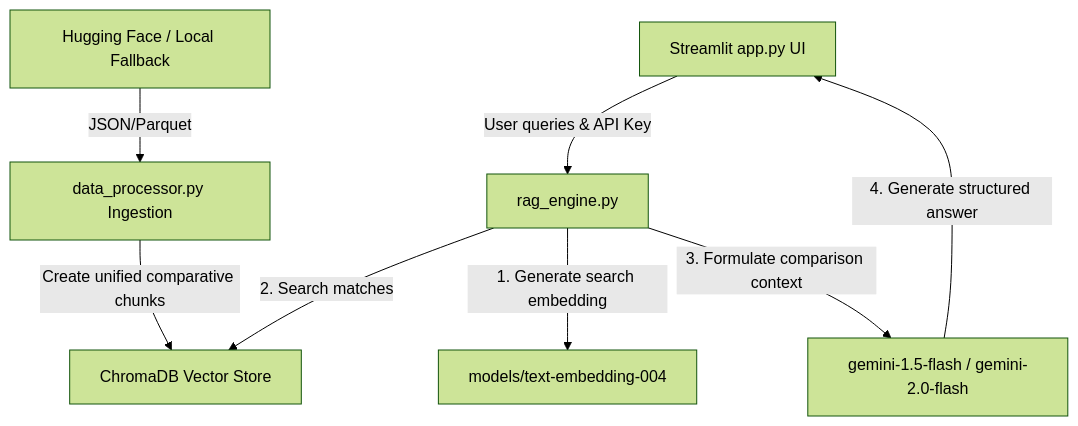
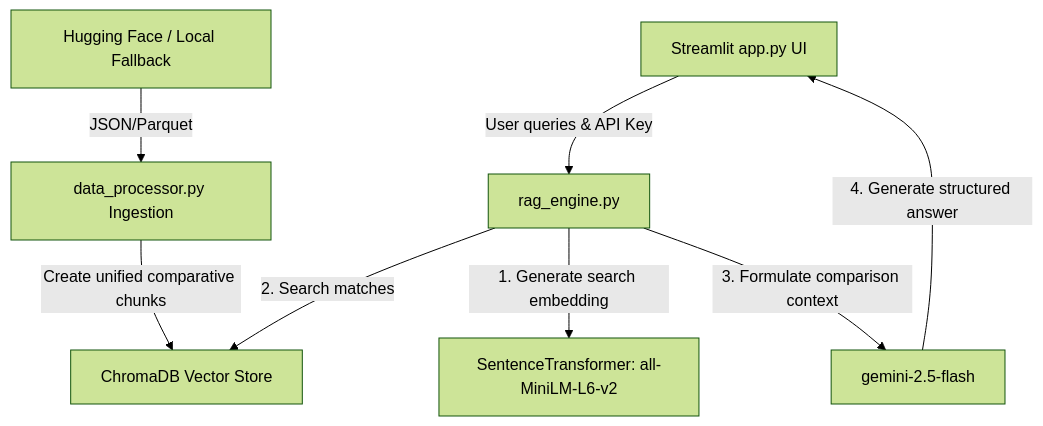
Before and after one commit to SamarthBhatia77/Indian-Criminal-Laws-RAG: the diagram in README.md, drawn with Mermaid (forest theme). The commit also changed 15 other files, not shown here.

````diff
--- a/README.md
+++ b/README.md
@@ -12,10 +12,10 @@
 ```mermaid
 graph TD
     A[Hugging Face / Local Fallback] -->|JSON/Parquet| B[data_processor.py Ingestion]
     B -->|Create unified comparative chunks| C[ChromaDB Vector Store]
     D[Streamlit app.py UI] -->|User queries & API Key| E[rag_engine.py]
-    E -->|1. Generate search embedding| F[models/text-embedding-004]
+    E -->|1. Generate search embedding| F[SentenceTransformer: all-MiniLM-L6-v2]
     E -->|2. Search matches| C
-    E -->|3. Formulate comparison context| G[gemini-1.5-flash / gemini-2.0-flash]
+    E -->|3. Formulate comparison context| G[gemini-2.5-flash]
     G -->|4. Generate structured answer| D
 ```
````
